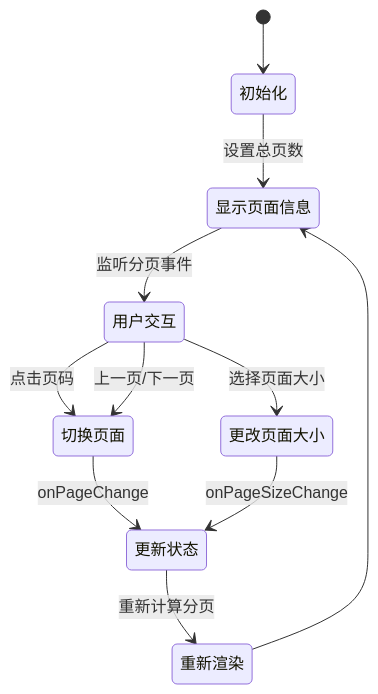
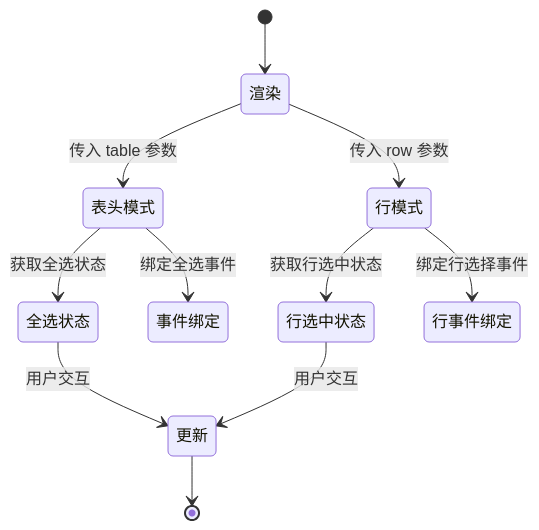
Before and after one commit to translateServers/nodes-stack: diagram 11 of 15 in .qoder/repowiki/zh/content/开发工具/Shadcn_UI 技能系统.md, drawn with Mermaid. The commit also changed other lines of this file and 5 other files, not shown here.

````diff
--- a/.qoder/repowiki/zh/content/开发工具/Shadcn_UI 技能系统.md
+++ b/.qoder/repowiki/zh/content/开发工具/Shadcn_UI 技能系统.md
@@ -409,13 +456,13 @@
 ```mermaid
 stateDiagram-v2
-[*] --> 初始化
-初始化 --> 显示页面信息 : 设置总页数
-显示页面信息 --> 用户交互 : 监听分页事件
-用户交互 --> 切换页面 : 点击页码
-用户交互 --> 切换页面 : 上一页/下一页
-用户交互 --> 更改页面大小 : 选择页面大小
-切换页面 --> 更新状态 : onPageChange
-更改页面大小 --> 更新状态 : onPageSizeChange
-更新状态 --> 重新渲染 : 重新计算分页
-重新渲染 --> 显示页面信息
+[*] --> 渲染
+渲染 --> 表头模式 : 传入 table 参数
+渲染 --> 行模式 : 传入 row 参数
+表头模式 --> 全选状态 : 获取全选状态
+表头模式 --> 事件绑定 : 绑定全选事件
+行模式 --> 行选中状态 : 获取行选中状态
+行模式 --> 行事件绑定 : 绑定行选择事件
+全选状态 --> 更新 : 用户交互
+行选中状态 --> 更新 : 用户交互
+更新 --> [*]
 ```
````
